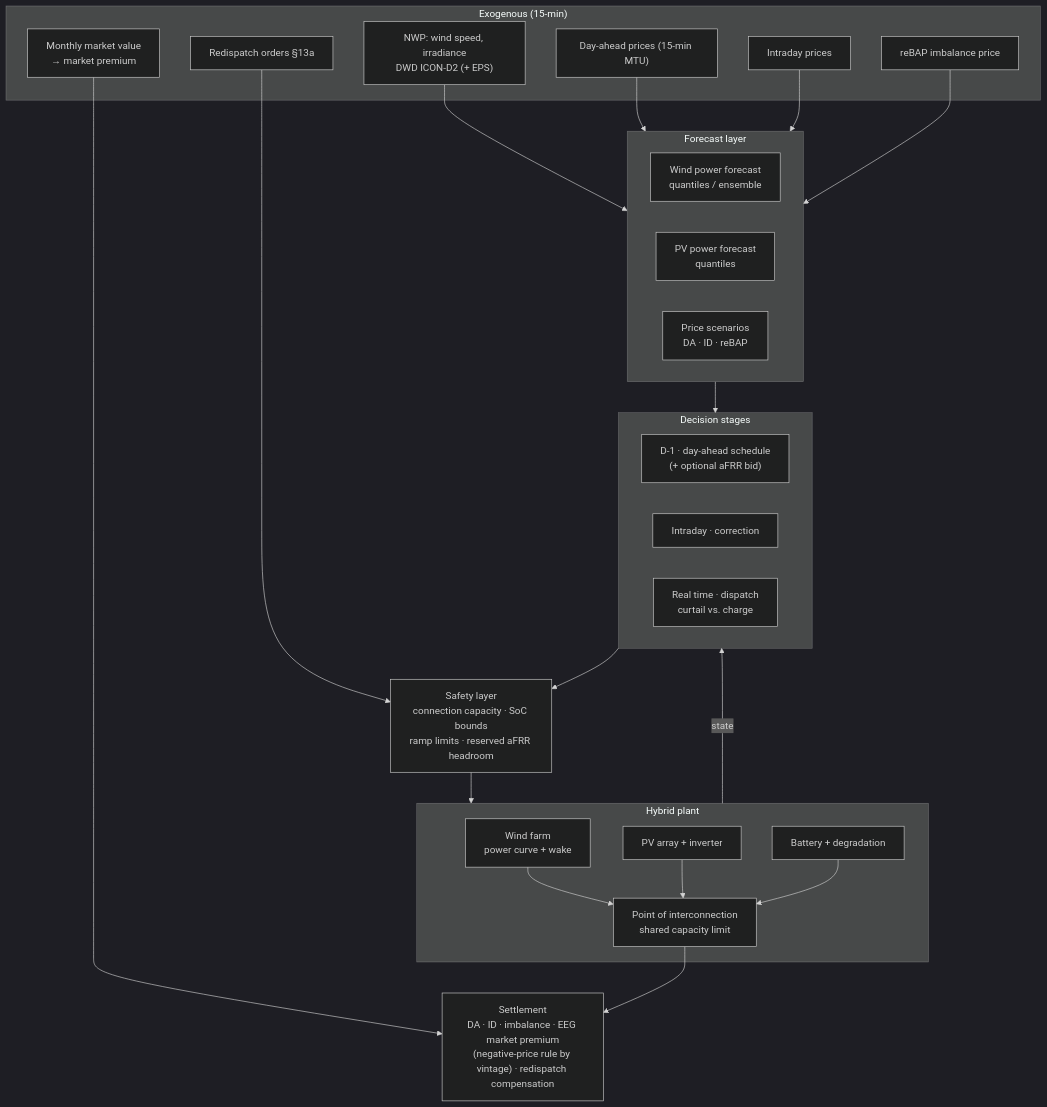
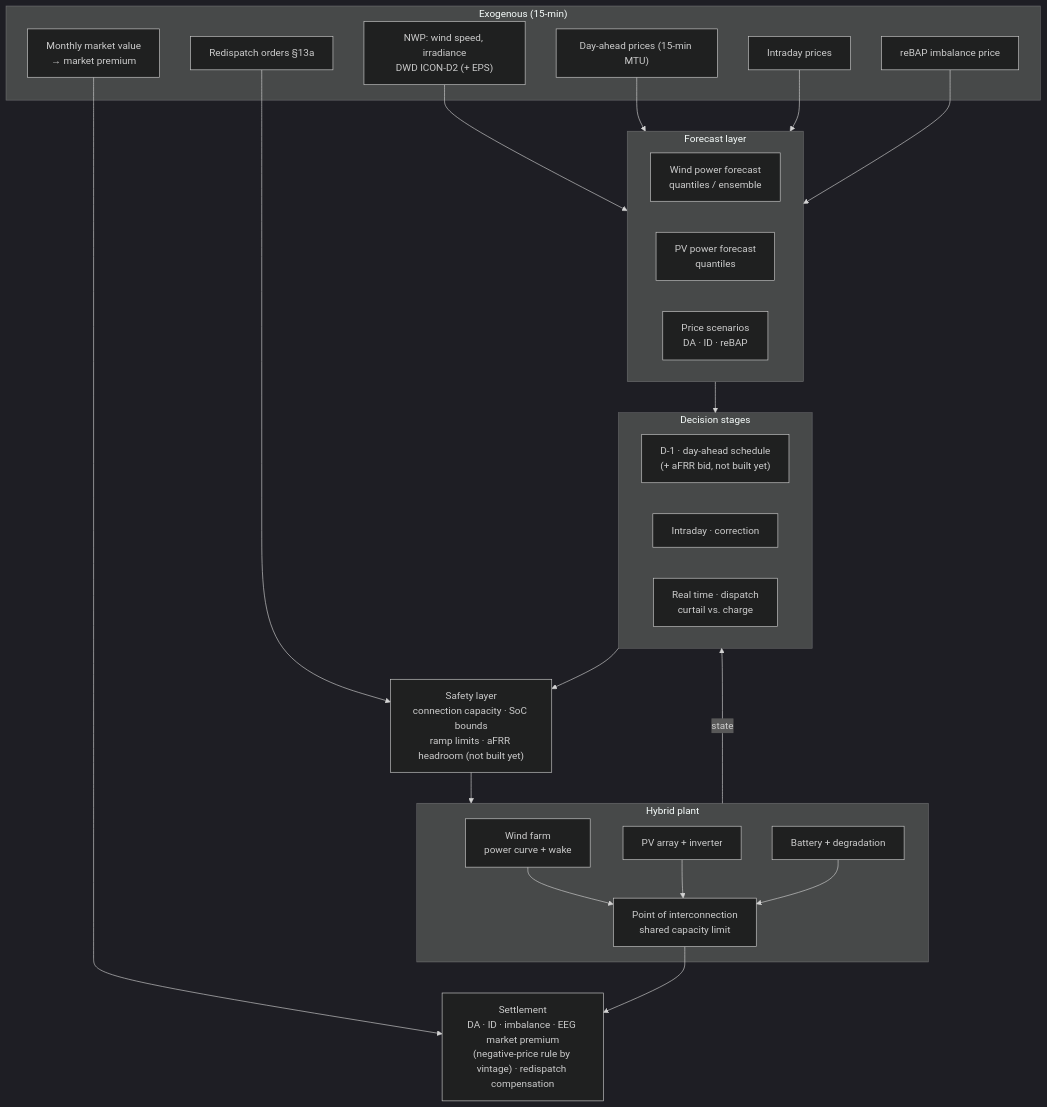
The diagram in projects/02-utility-hybrid-plant-dispatch/README.md (muratkus01/Portfolio), drawn with Mermaid (dark theme) before and after one commit. The commit also changed other lines of this file, not shown here.

First line of the commit message:
docs(p02): say at each aFRR mention that it is not built yet

````diff
--- a/projects/02-utility-hybrid-plant-dispatch/README.md
+++ b/projects/02-utility-hybrid-plant-dispatch/README.md
@@ -215,48 +215,48 @@
 ```mermaid
 flowchart TB
     subgraph EXO["Exogenous (15-min)"]
         NWP["NWP: wind speed, irradiance<br/>DWD ICON-D2 (+ EPS)"]
         DA["Day-ahead prices (15-min MTU)"]
         IDP["Intraday prices"]
         RBP["reBAP imbalance price"]
         RDO["Redispatch orders §13a"]
         MMW["Monthly market value<br/>→ market premium"]
     end
 
     subgraph FCL["Forecast layer"]
         FW["Wind power forecast<br/>quantiles / ensemble"]
         FP["PV power forecast<br/>quantiles"]
         FPR["Price scenarios<br/>DA · ID · reBAP"]
     end
 
     subgraph STG["Decision stages"]
-        S1["D-1 · day-ahead schedule<br/>(+ optional aFRR bid)"]
+        S1["D-1 · day-ahead schedule<br/>(+ aFRR bid, not built yet)"]
         S2["Intraday · correction"]
         S3["Real time · dispatch<br/>curtail vs. charge"]
     end
 
-    SAFE["Safety layer<br/>connection capacity · SoC bounds<br/>ramp limits · reserved aFRR headroom"]
+    SAFE["Safety layer<br/>connection capacity · SoC bounds<br/>ramp limits · aFRR headroom (not built yet)"]
 
     subgraph PLANT["Hybrid plant"]
         WT["Wind farm<br/>power curve + wake"]
         PVA["PV array + inverter"]
         BESS["Battery + degradation"]
         POI["Point of interconnection<br/>shared capacity limit"]
     end
 
     SET["Settlement<br/>DA · ID · imbalance · EEG market premium<br/>(negative-price rule by vintage) · redispatch compensation"]
 
     NWP --> FCL
     DA --> FCL
     IDP --> FCL
     RBP --> FCL
     FCL --> STG
     MMW --> SET
     STG --> SAFE --> PLANT
     RDO --> SAFE
     WT --> POI
     PVA --> POI
     BESS --> POI
     POI --> SET
     PLANT -->|state| STG
 ```
````
